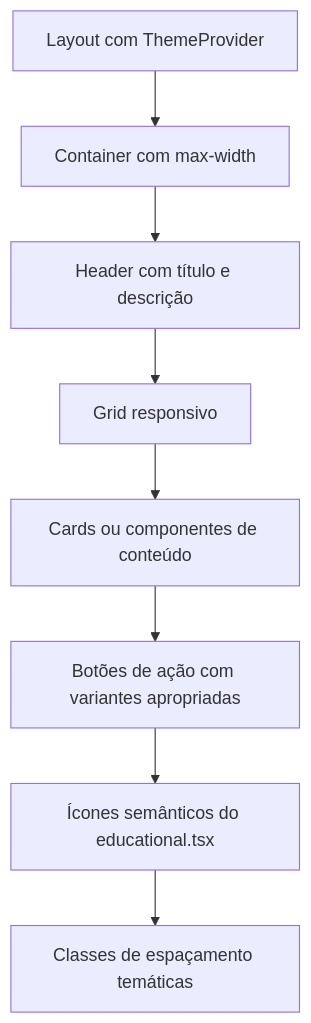
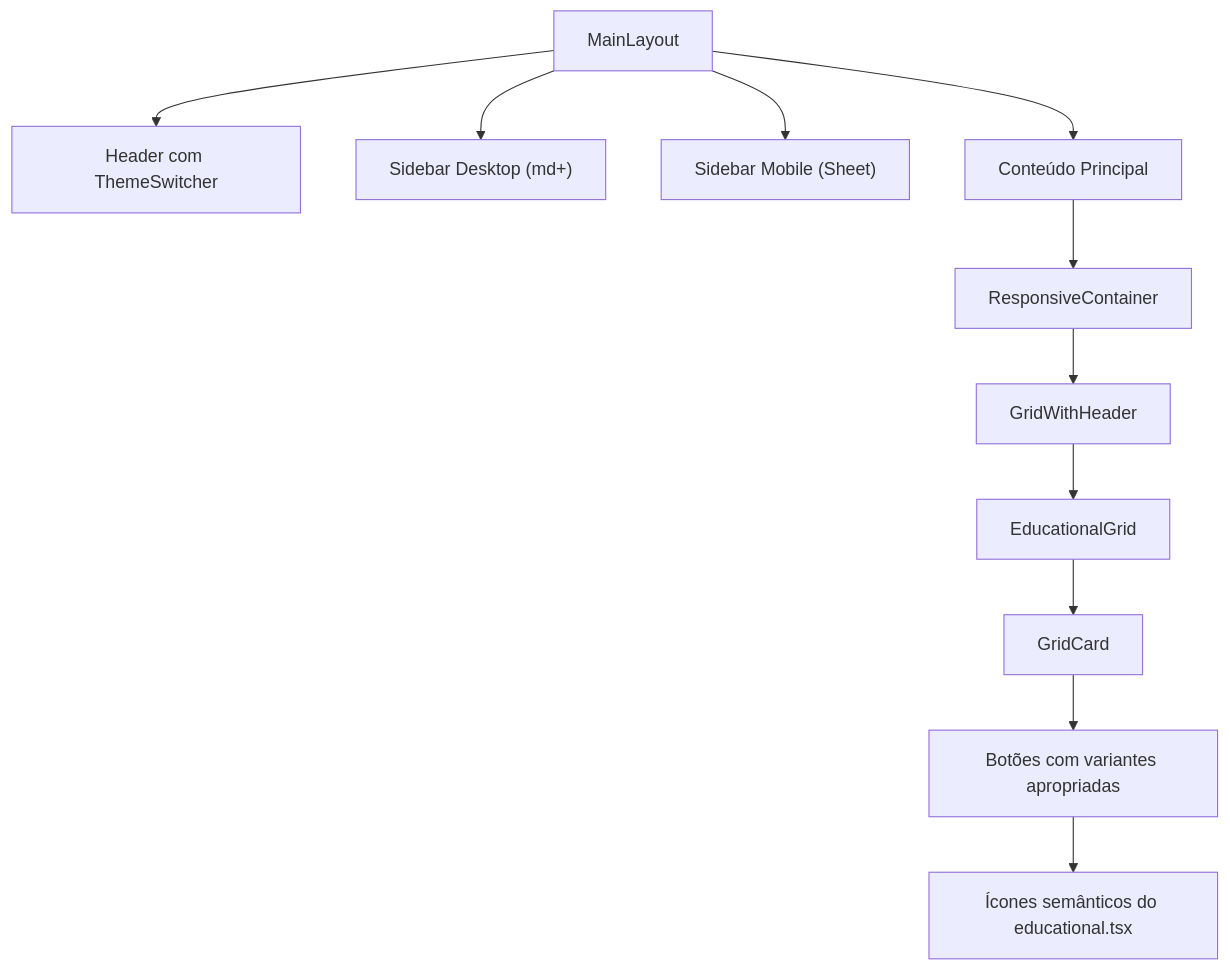
Diagram 11 of 11 in .qoder/repowiki/pt/content/Arquitetura de Componentes/Exemplos de Uso.md (jordansmedeiros/virtuquest), drawn with Mermaid before and after one commit. The commit also changed other lines of this file and 32 other files, not shown here.

````diff
--- a/.qoder/repowiki/pt/content/Arquitetura de Componentes/Exemplos de Uso.md
+++ b/.qoder/repowiki/pt/content/Arquitetura de Componentes/Exemplos de Uso.md
@@ -287,10 +337,13 @@
 ```mermaid
 flowchart TD
-A["Layout com ThemeProvider"] --> B["Container com max-width"]
-B --> C["Header com título e descrição"]
-C --> D["Grid responsivo"]
-D --> E["Cards ou componentes de conteúdo"]
-E --> F["Botões de ação com variantes apropriadas"]
-F --> G["Ícones semânticos do educational.tsx"]
-G --> H["Classes de espaçamento temáticas"]
+A["MainLayout"] --> B["Header com ThemeSwitcher"]
+A --> C["Sidebar Desktop (md+)"]
+A --> D["Sidebar Mobile (Sheet)"]
+A --> E["Conteúdo Principal"]
+E --> F["ResponsiveContainer"]
+F --> G["GridWithHeader"]
+G --> H["EducationalGrid"]
+H --> I["GridCard"]
+I --> J["Botões com variantes apropriadas"]
+J --> K["Ícones semânticos do educational.tsx"]
 ```
````
